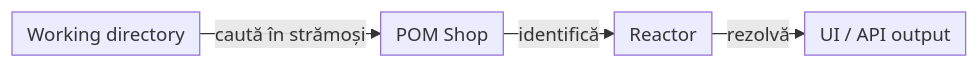
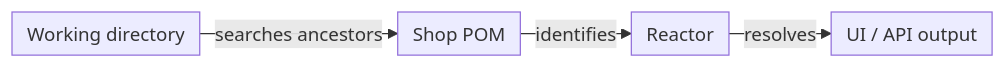
Diagram 13 of 13 in atf-test-practice-shop/README.md (crististefanita/atf_j0), drawn with Mermaid before and after one commit. The commit also changed other lines of this file and 113 other files, not shown here.

````diff
--- a/atf-test-practice-shop/README.md
+++ b/atf-test-practice-shop/README.md
@@ -1587,7 +1726,7 @@
 ```mermaid
 %%{init: {"themeVariables":{"fontSize":"15px"},"themeCSS":".nodeLabel, .nodeLabel p { font-size: 15px !important; line-height: 1.35 !important; } .edgeLabel, .edgeLabel p { font-size: 12px !important; font-weight: 400 !important; line-height: 1.2 !important; } .edgeLabel .labelBkg, .edgeLabel p { background: transparent !important; } .edgeLabel foreignObject { transform: translateY(-18px); overflow: visible; } .node rect { rx: 6px; ry: 6px; }","flowchart":{"curve":"linear","nodeSpacing":24,"rankSpacing":24,"padding":6,"diagramPadding":20}}}%%
 flowchart LR
-    Start["Working directory"] -->|caută în strămoși| Own["POM Shop"]
-    Own -->|identifică| Root["Reactor"]
-    Root -->|rezolvă| Output["UI / API output"]
+    Start["Working directory"] -->|searches ancestors| Own["Shop POM"]
+    Own -->|identifies| Root["Reactor"]
+    Root -->|resolves| Output["UI / API output"]
 ```
````
